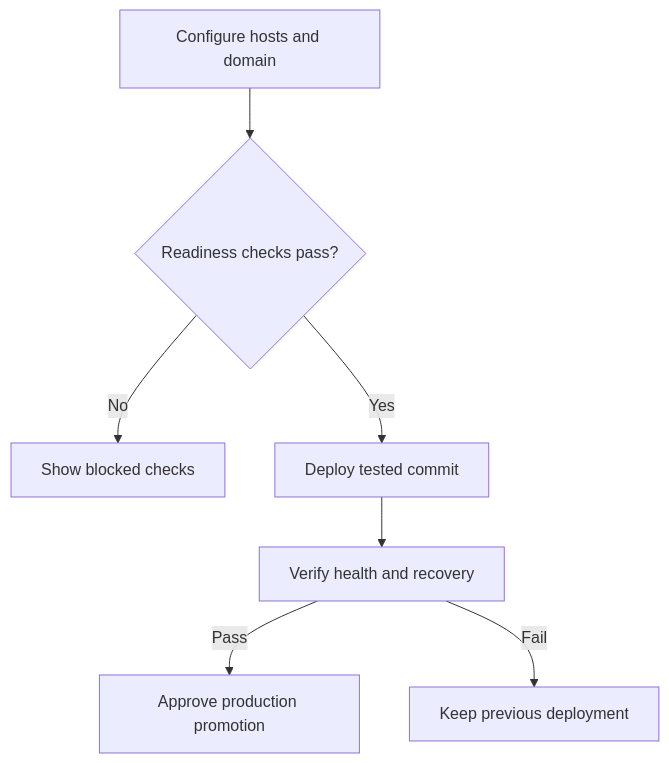
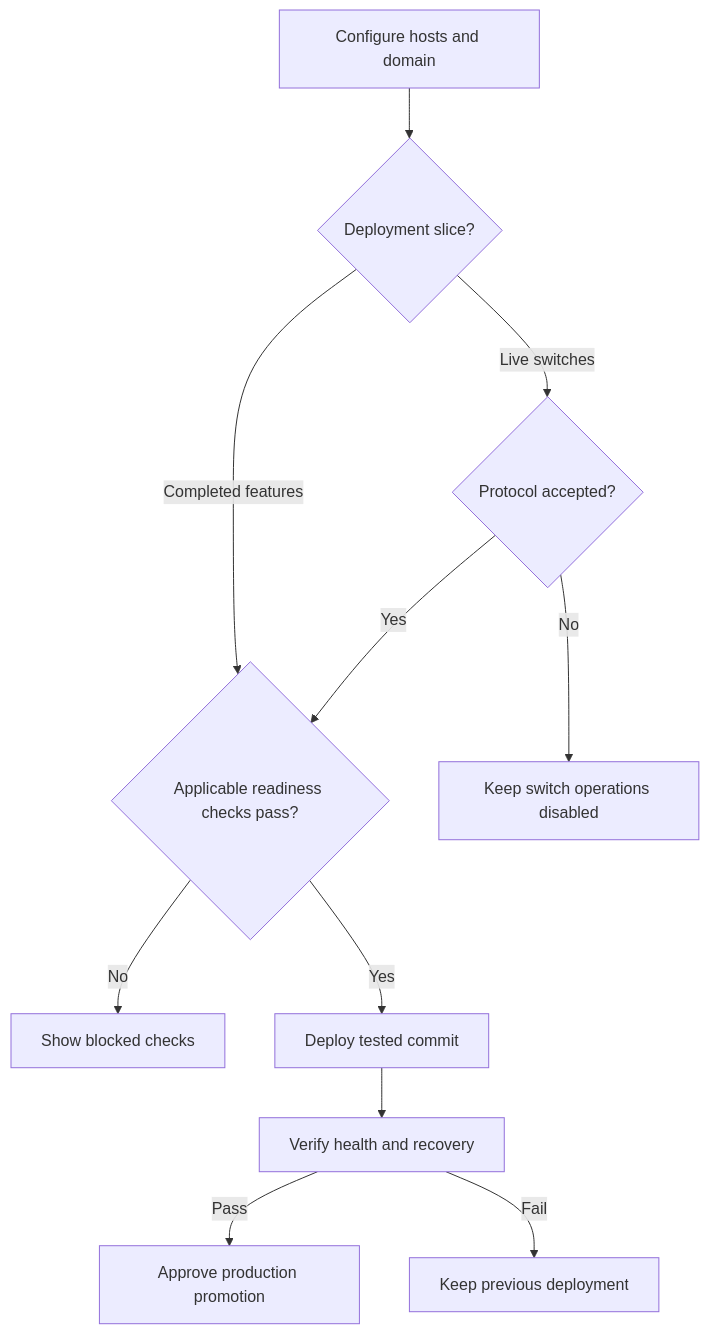
One commit to Crank-Git/epochalypse changed the diagram in docs/specs/features/07-operations.md. Above: the diagram before and after it, drawn with Mermaid. The commit also changed other lines of this file and 13 other files, not shown here.

````diff
--- a/docs/specs/features/07-operations.md
+++ b/docs/specs/features/07-operations.md
@@ -33,9 +33,13 @@
 ```mermaid
 flowchart TD
- Configure[Configure hosts and domain] --> Check{Readiness checks pass?}
+ Configure[Configure hosts and domain] --> Slice{Deployment slice?}
+ Slice -->|Completed features| Check{Applicable readiness checks pass?}
+ Slice -->|Live switches| Gate{Protocol accepted?}
+ Gate -->|No| Blocked[Keep switch operations disabled]
+ Gate -->|Yes| Check
  Check -->|No| Error[Show blocked checks]
  Check -->|Yes| Stage[Deploy tested commit]
  Stage --> Verify[Verify health and recovery]
  Verify -->|Pass| Promote[Approve production promotion]
  Verify -->|Fail| Hold[Keep previous deployment]
 ```
````
